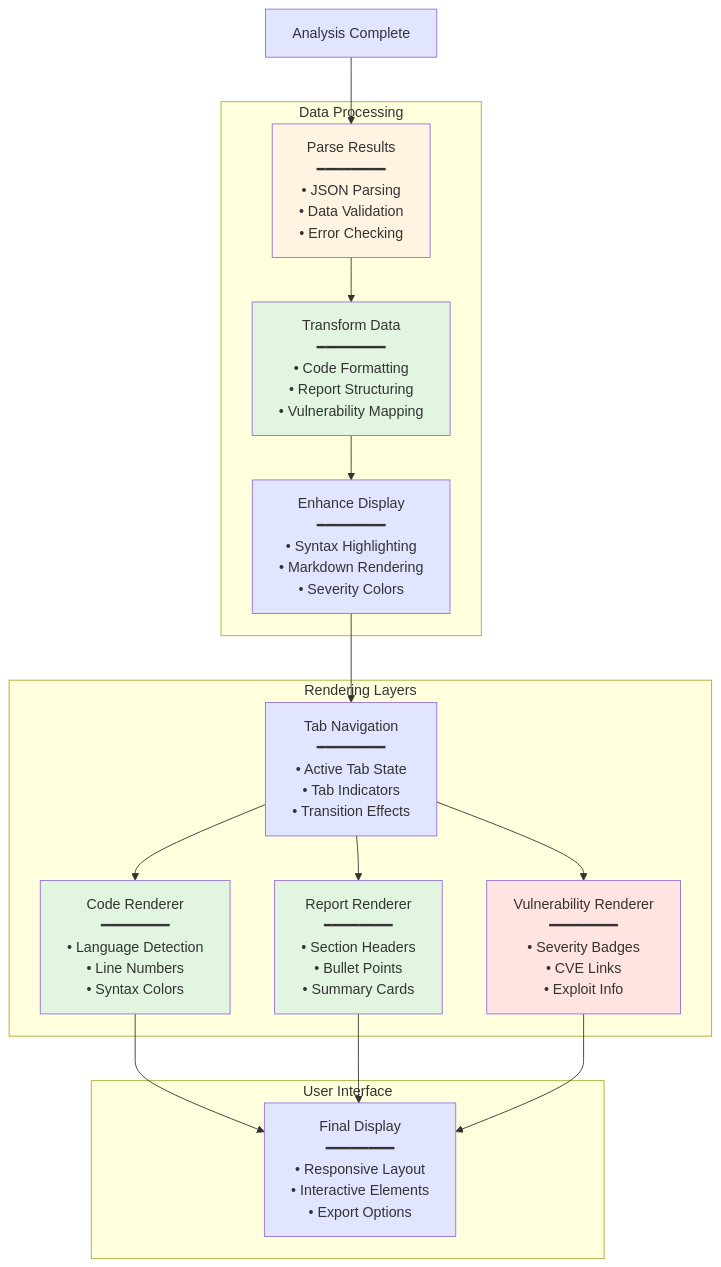
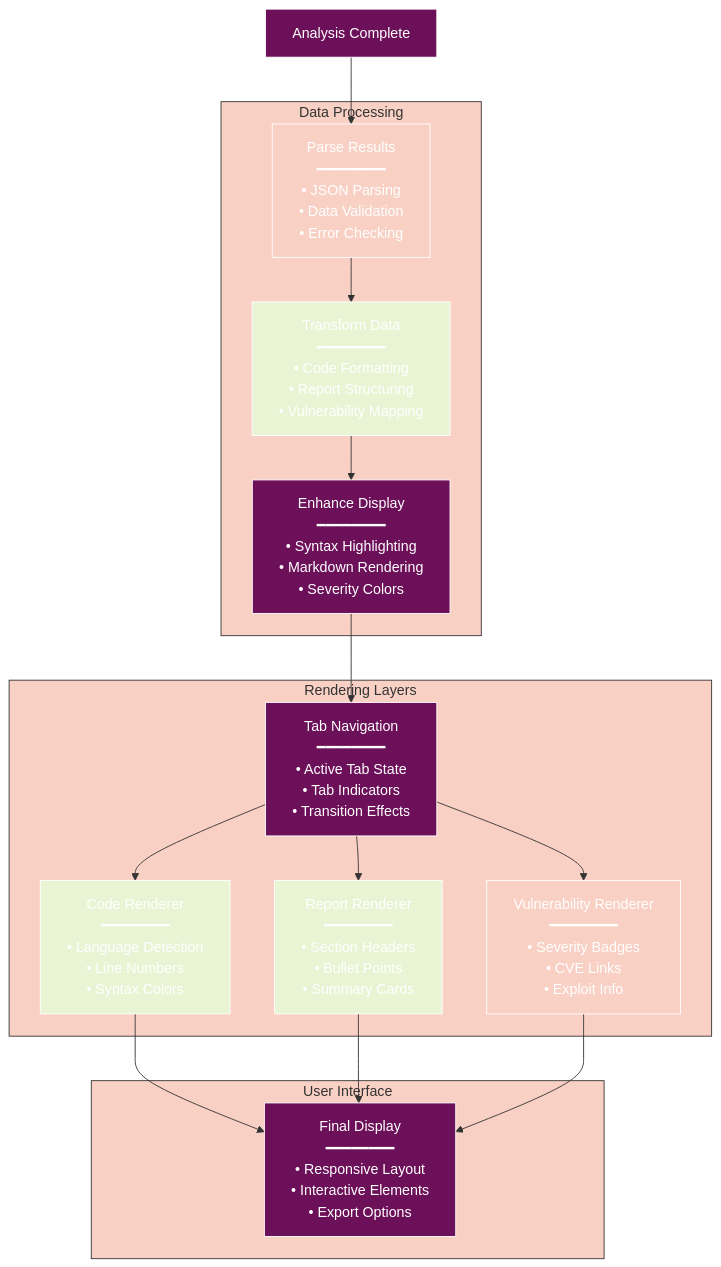
One commit to radicalkjax/Athena changed the third of 12 diagrams in docs/components/ANALYSIS_RESULTS.md. Above: the diagram before and after it, drawn with Mermaid. The commit also changed other lines of this file and 27 other files, not shown here.

Commit message:
Introduction of expo package manager. Updated docs to reflect changes. Unified mermaid theme for docs.

````diff
--- a/docs/components/ANALYSIS_RESULTS.md
+++ b/docs/components/ANALYSIS_RESULTS.md
@@ -124,47 +166,68 @@
 ```mermaid
+%%{init: {
+  'theme': 'base',
+  'themeVariables': {
+    'primaryColor': '#6d105a',
+    'primaryTextColor': '#ffffff',
+    'primaryBorderColor': '#ffffff',
+    'lineColor': '#333333',
+    'secondaryColor': '#e8f4d4',
+    'secondaryTextColor': '#333333',
+    'secondaryBorderColor': '#333333',
+    'tertiaryColor': '#f9d0c4',
+    'tertiaryTextColor': '#333333',
+    'tertiaryBorderColor': '#333333',
+    'background': '#ffffff',
+    'mainBkg': '#6d105a',
+    'secondBkg': '#e8f4d4',
+    'tertiaryBkg': '#f9d0c4',
+    'textColor': '#333333',
+    'fontFamily': 'Arial, sans-serif'
+  }
+}}%%
 flowchart TD
     Start[Analysis Complete]
     
     subgraph "Data Processing"
         Parse[Parse Results<br/>━━━━━━━━<br/>• JSON Parsing<br/>• Data Validation<br/>• Error Checking]
         
         Transform[Transform Data<br/>━━━━━━━━<br/>• Code Formatting<br/>• Report Structuring<br/>• Vulnerability Mapping]
         
         Enhance[Enhance Display<br/>━━━━━━━━<br/>• Syntax Highlighting<br/>• Markdown Rendering<br/>• Severity Colors]
     end
     
     subgraph "Rendering Layers"
         TabNav[Tab Navigation<br/>━━━━━━━━<br/>• Active Tab State<br/>• Tab Indicators<br/>• Transition Effects]
         
         CodeRender[Code Renderer<br/>━━━━━━━━<br/>• Language Detection<br/>• Line Numbers<br/>• Syntax Colors]
         
         ReportRender[Report Renderer<br/>━━━━━━━━<br/>• Section Headers<br/>• Bullet Points<br/>• Summary Cards]
         
         VulnRender[Vulnerability Renderer<br/>━━━━━━━━<br/>• Severity Badges<br/>• CVE Links<br/>• Exploit Info]
     end
     
     subgraph "User Interface"
         Display[Final Display<br/>━━━━━━━━<br/>• Responsive Layout<br/>• Interactive Elements<br/>• Export Options]
     end
     
     Start --> Parse
     Parse --> Transform
     Transform --> Enhance
     Enhance --> TabNav
     TabNav --> CodeRender
     TabNav --> ReportRender
     TabNav --> VulnRender
     CodeRender --> Display
     ReportRender --> Display
     VulnRender --> Display
     
-    style Start fill:#e1e5ff
-    style Parse fill:#fff4e1
-    style Transform fill:#e1f5e1
-    style Enhance fill:#e1e5ff
-    style TabNav fill:#e1e5ff
-    style CodeRender fill:#e1f5e1
-    style ReportRender fill:#e1f5e1
-    style VulnRender fill:#ffe4e1
-    style Display fill:#e1e5ff
+    style Start fill:#6d105a
+    style Parse fill:#f9d0c4
+    style Transform fill:#e8f4d4
+    style Enhance fill:#6d105a
+    style TabNav fill:#6d105a
+    style CodeRender fill:#e8f4d4
+    style ReportRender fill:#e8f4d4
+    style VulnRender fill:#f9d0c4
+    style Display fill:#6d105a
 ```
````
